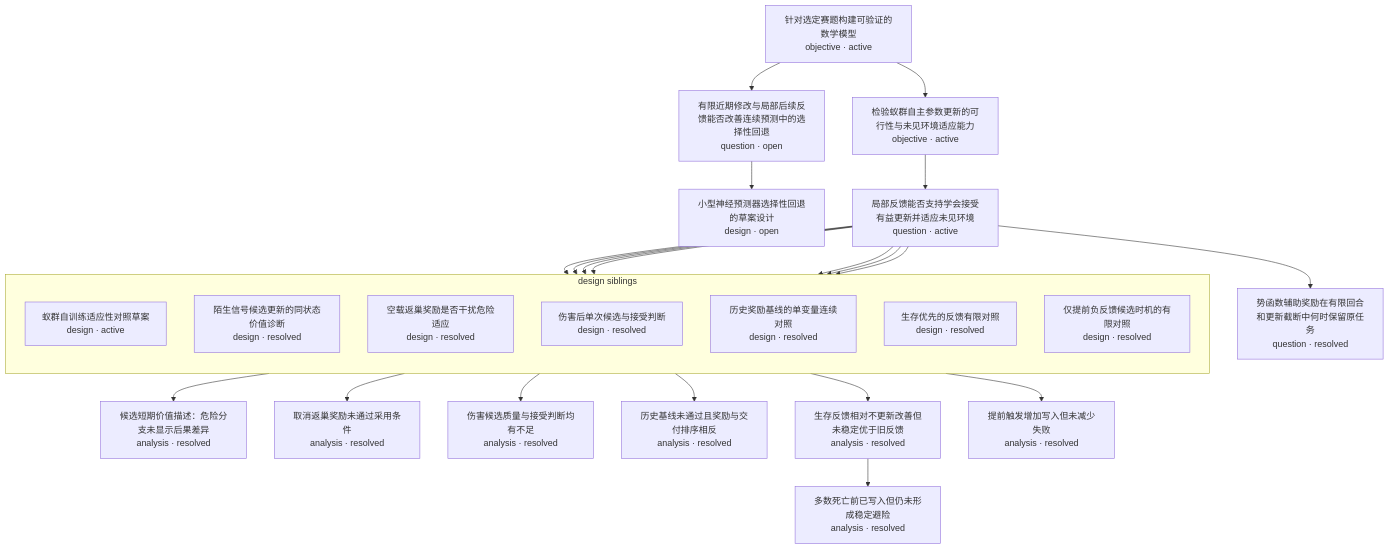
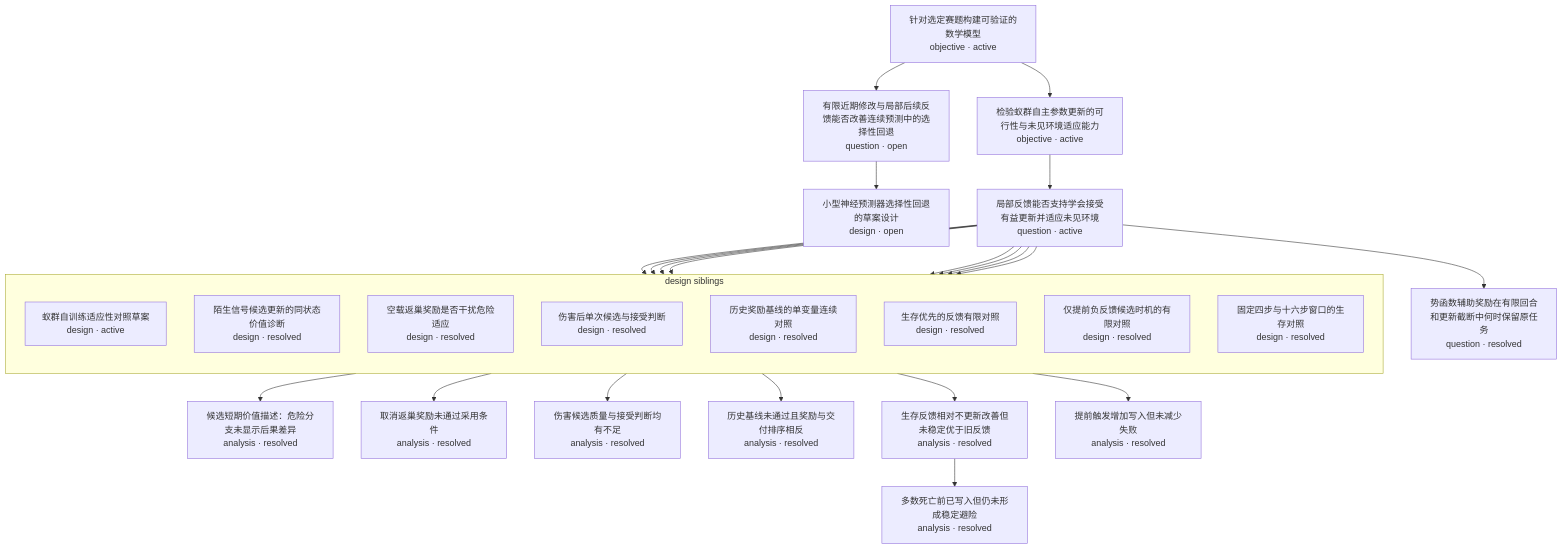
The diagram in research-tree/README.md (Akira-TL/Antomony), drawn with Mermaid before and after one commit. The commit also changed other lines of this file and 1 other file, not shown here.

Commit message:
DOCS: (research) register frozen update-window comparison before sampling

````diff
--- a/research-tree/README.md
+++ b/research-tree/README.md
@@ -5,45 +5,47 @@
 ```mermaid
 flowchart TD
     N1["针对选定赛题构建可验证的数学模型<br/>objective · active"]
     N2["有限近期修改与局部后续反馈能否改善连续预测中的选择性回退<br/>question · open"]
     N3["小型神经预测器选择性回退的草案设计<br/>design · open"]
     N4["检验蚁群自主参数更新的可行性与未见环境适应能力<br/>objective · active"]
     N5["局部反馈能否支持学会接受有益更新并适应未见环境<br/>question · active"]
     N8["候选短期价值描述：危险分支未显示后果差异<br/>analysis · resolved"]
     N10["取消返巢奖励未通过采用条件<br/>analysis · resolved"]
     N12["伤害候选质量与接受判断均有不足<br/>analysis · resolved"]
     N14["历史基线未通过且奖励与交付排序相反<br/>analysis · resolved"]
     N15["势函数辅助奖励在有限回合和更新截断中何时保留原任务<br/>question · resolved"]
     N17["生存反馈相对不更新改善但未稳定优于旧反馈<br/>analysis · resolved"]
     N18["多数死亡前已写入但仍未形成稳定避险<br/>analysis · resolved"]
     N20["提前触发增加写入但未减少失败<br/>analysis · resolved"]
     subgraph G5_design["design siblings"]
         direction TB
         N6["蚁群自训练适应性对照草案<br/>design · active"]
         N7["陌生信号候选更新的同状态价值诊断<br/>design · resolved"]
         N9["空载返巢奖励是否干扰危险适应<br/>design · resolved"]
         N11["伤害后单次候选与接受判断<br/>design · resolved"]
         N13["历史奖励基线的单变量连续对照<br/>design · resolved"]
         N16["生存优先的反馈有限对照<br/>design · resolved"]
         N19["仅提前负反馈候选时机的有限对照<br/>design · resolved"]
+        N21["固定四步与十六步窗口的生存对照<br/>design · resolved"]
     end
     N1 --> N2
     N2 --> N3
     N1 --> N4
     N4 --> N5
     N5 --> N6
     N5 --> N7
     N7 --> N8
     N5 --> N9
     N9 --> N10
     N5 --> N11
     N11 --> N12
     N5 --> N13
     N13 --> N14
     N5 --> N15
     N5 --> N16
     N16 --> N17
     N17 --> N18
     N5 --> N19
     N19 --> N20
+    N5 --> N21
 ```
````
